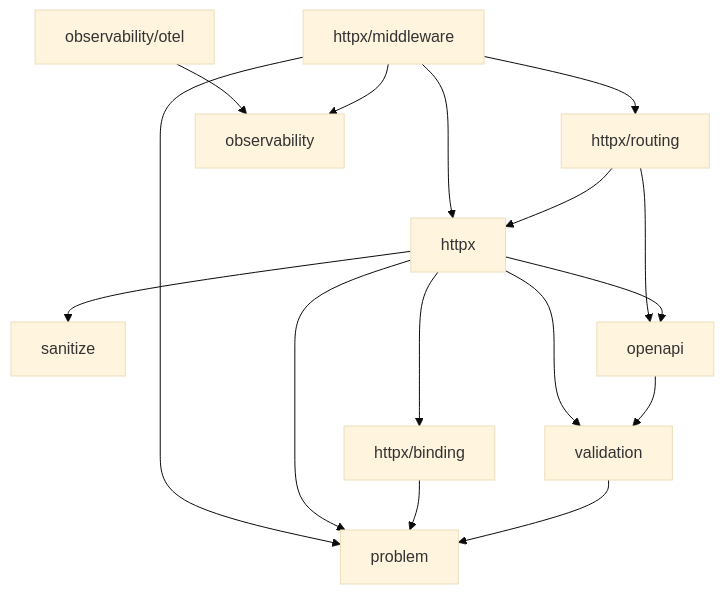
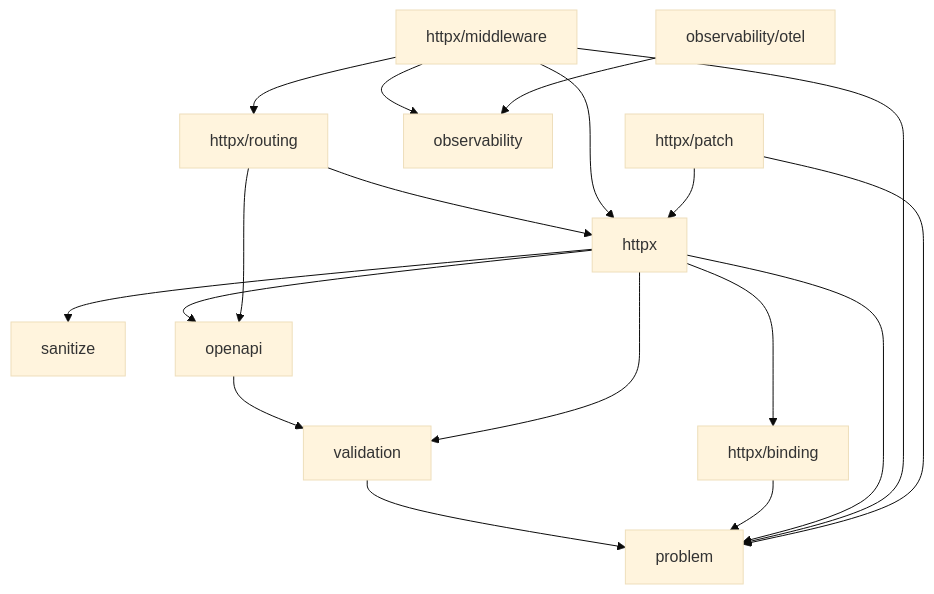
One commit to Casara/arnon changed the diagram in CLAUDE.md. Above: the diagram before and after it, drawn with Mermaid (base theme). The commit also changed other lines of this file and 6 other files, not shown here.

First line of the commit message:
docs: document httpx/patch and flip RFC 6902/7386 to implemented

````diff
--- a/CLAUDE.md
+++ b/CLAUDE.md
@@ -50,20 +50,22 @@
 ```mermaid
 flowchart TD
     problem["problem"]
     sanitize["sanitize"]
     validation["validation"] --> problem
     openapi["openapi"] --> validation
     httpxBinding["httpx/binding"] --> problem
     httpx["httpx"] --> httpxBinding
     httpx --> openapi
     httpx --> problem
     httpx --> sanitize
     httpx --> validation
     httpxRouting["httpx/routing"] --> httpx
     httpxRouting --> openapi
     httpxMiddleware["httpx/middleware"] --> httpx
     httpxMiddleware --> httpxRouting
     httpxMiddleware --> observability["observability"]
     httpxMiddleware --> problem
+    httpxPatch["httpx/patch"] --> httpx
+    httpxPatch --> problem
     observabilityOtel["observability/otel"] --> observability
 ```
````
